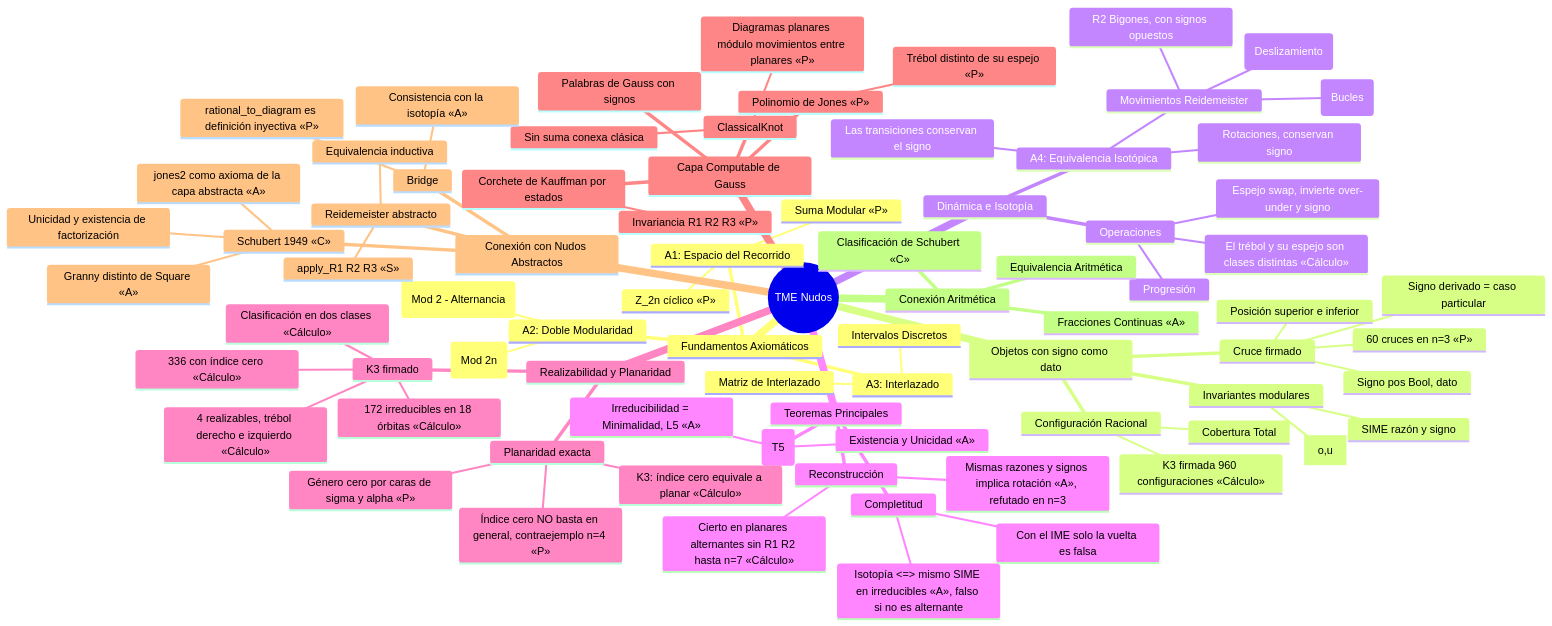
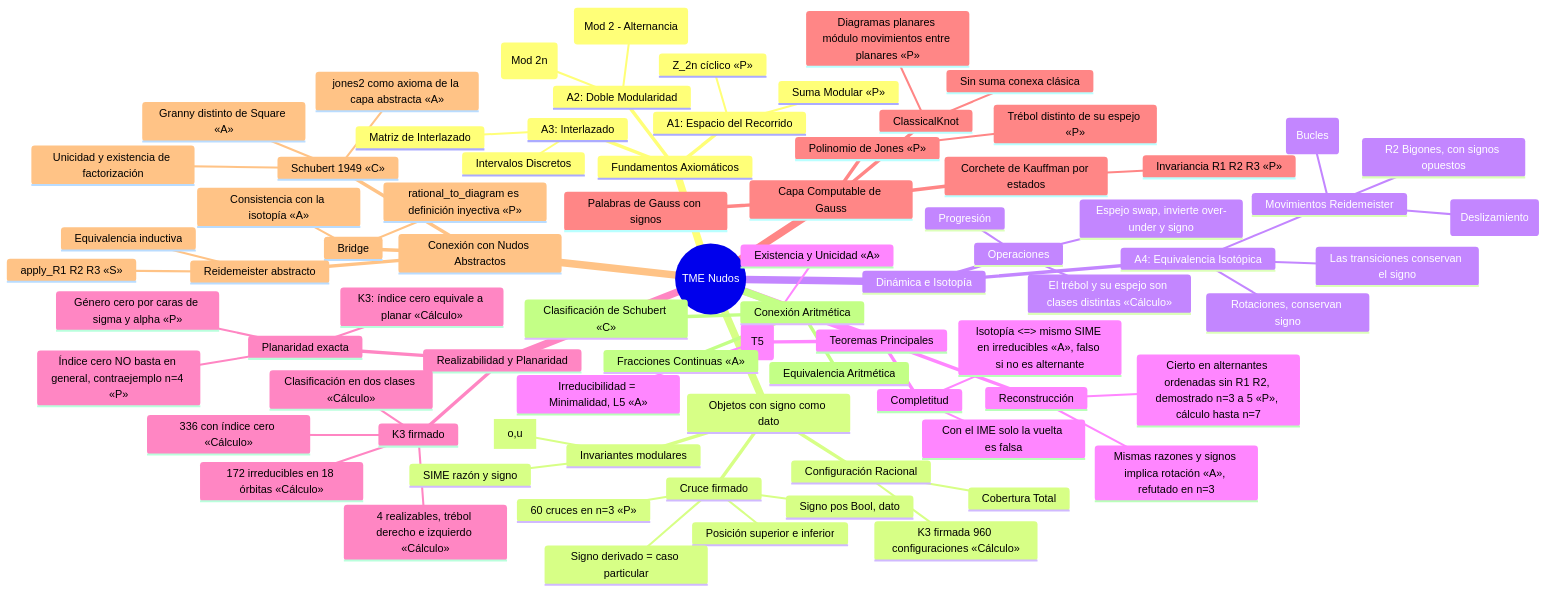
The diagram in MapaMental_TME.md (PabloeCancino/TME_Nudos), drawn with Mermaid before and after one commit. The commit also changed 3 other files, not shown here.

````diff
--- a/MapaMental_TME.md
+++ b/MapaMental_TME.md
@@ -9,82 +9,82 @@
 ```mermaid
 mindmap
   root((TME Nudos))
     Fundamentos Axiomáticos
       A1: Espacio del Recorrido
         Z_2n cíclico «P»
         Suma Modular «P»
       A2: Doble Modularidad
         Trayectoria (Mod 2n)
         Nivel (Mod 2 - Alternancia)
       A3: Interlazado
         Intervalos Discretos
         Matriz de Interlazado
     Objetos con signo como dato
       Cruce firmado
         Posición superior e inferior
         Signo pos Bool, dato
         60 cruces en n=3 «P»
         Signo derivado = caso particular
       Configuración Racional
         Cobertura Total
         K3 firmada 960 configuraciones «Cálculo»
       Invariantes modulares
         IME Razón Modular [o,u]
         SIME razón y signo
     Dinámica e Isotopía
       A4: Equivalencia Isotópica
         Movimientos Reidemeister
           R1 (Bucles)
           R2 Bigones, con signos opuestos
           R3 (Deslizamiento)
         Las transiciones conservan el signo
         Rotaciones, conservan signo
       Operaciones
         Espejo swap, invierte over-under y signo
         El trébol y su espejo son clases distintas «Cálculo»
         Progresión
     Teoremas Principales
       Reconstrucción
         Mismas razones y signos implica rotación «A», refutado en n=3
-        Cierto en planares alternantes sin R1 R2 hasta n=7 «Cálculo»
+        Cierto en alternantes ordenadas sin R1 R2, demostrado n=3 a 5 «P», cálculo hasta n=7
       Forma Normal (T5)
         Existencia y Unicidad «A»
         Irreducibilidad = Minimalidad, L5 «A»
       Completitud
         Isotopía <=> mismo SIME en irreducibles «A», falso si no es alternante
         Con el IME solo la vuelta es falsa
     Realizabilidad y Planaridad
       K3 firmado
         172 irreducibles en 18 órbitas «Cálculo»
         336 con índice cero «Cálculo»
         4 realizables, trébol derecho e izquierdo «Cálculo»
         Clasificación en dos clases «Cálculo»
       Planaridad exacta
         Género cero por caras de sigma y alpha «P»
         K3: índice cero equivale a planar «Cálculo»
         Índice cero NO basta en general, contraejemplo n=4 «P»
     Capa Computable de Gauss
       Palabras de Gauss con signos
       Corchete de Kauffman por estados
         Invariancia R1 R2 R3 «P»
       Polinomio de Jones «P»
         Trébol distinto de su espejo «P»
       ClassicalKnot
         Diagramas planares módulo movimientos entre planares «P»
         Sin suma conexa clásica
     Conexión con Nudos Abstractos
       Schubert 1949 «C»
         Unicidad y existencia de factorización
         jones2 como axioma de la capa abstracta «A»
         Granny distinto de Square «A»
       Bridge
         rational_to_diagram es definición inyectiva «P»
         Consistencia con la isotopía «A»
       Reidemeister abstracto
         Equivalencia inductiva
         apply_R1 R2 R3 «S»
     Conexión Aritmética
       Fracciones Continuas «A»
       Clasificación de Schubert «C»
       Equivalencia Aritmética
 ```
````
